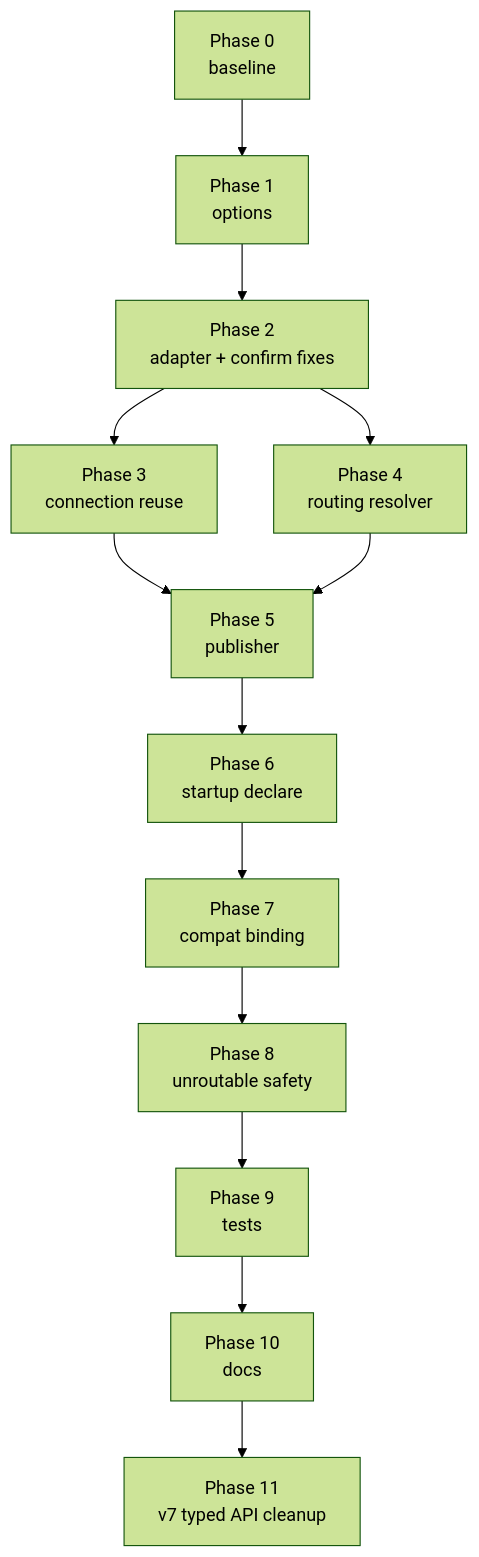
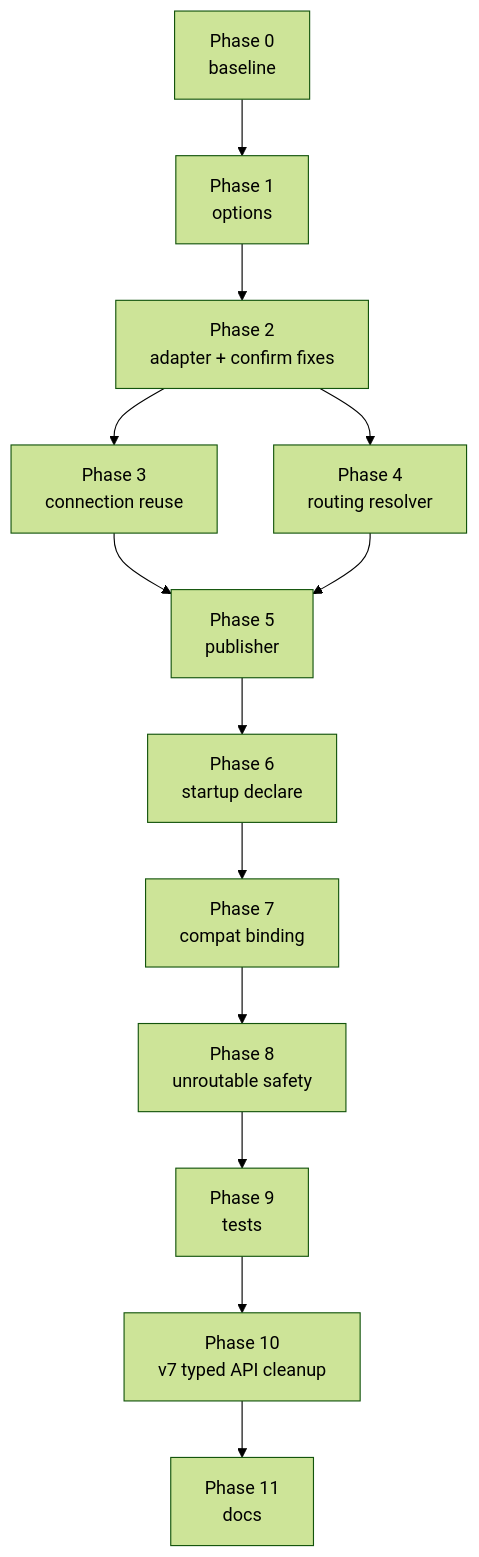
The diagram in docs/implementation/messaging_exchange_migration_plan.md (haudtech/transaction-validation), drawn with Mermaid (forest theme) before and after one commit. The commit also changed other lines of this file and 4 other files, not shown here.

Commit message:
RabbitMQ.Client v7 typed API cleanup

````diff
--- a/docs/implementation/messaging_exchange_migration_plan.md
+++ b/docs/implementation/messaging_exchange_migration_plan.md
@@ -294,15 +297,15 @@
 ```mermaid
 flowchart TD
     P0[Phase 0<br/>baseline] --> P1[Phase 1<br/>options]
     P1 --> P2[Phase 2<br/>adapter + confirm fixes]
     P2 --> P3[Phase 3<br/>connection reuse]
     P2 --> P4[Phase 4<br/>routing resolver]
     P3 --> P5[Phase 5<br/>publisher]
     P4 --> P5
     P5 --> P6[Phase 6<br/>startup declare]
     P6 --> P7[Phase 7<br/>compat binding]
     P7 --> P8[Phase 8<br/>unroutable safety]
     P8 --> P9[Phase 9<br/>tests]
-    P9 --> P10[Phase 10<br/>docs]
-    P10 --> P11[Phase 11<br/>v7 typed API cleanup]
+    P9 --> P10[Phase 10<br/>v7 typed API cleanup]
+    P10 --> P11[Phase 11<br/>docs]
 ```
````
